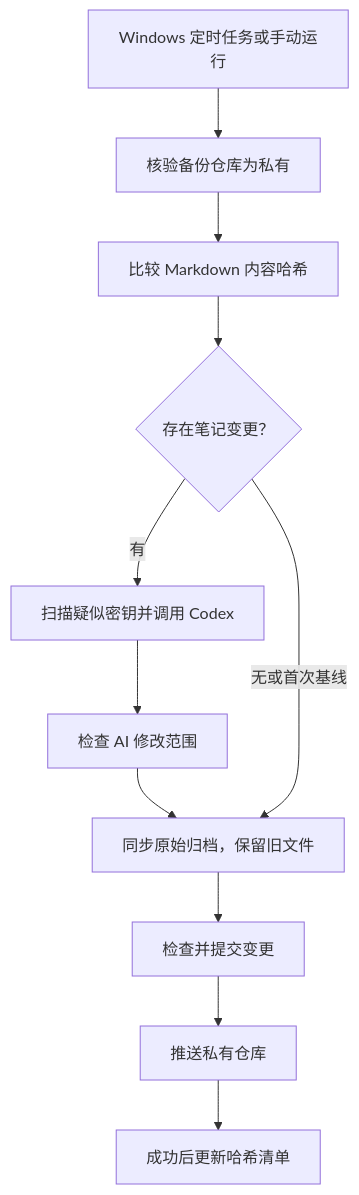
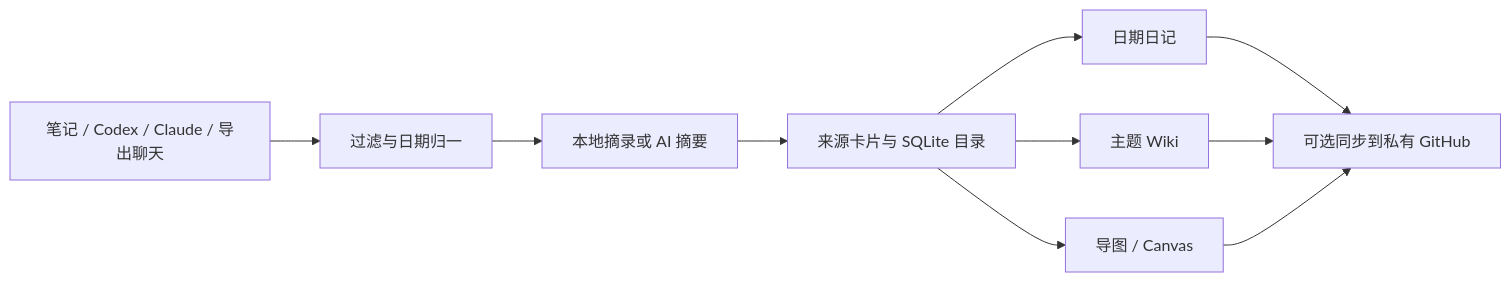
One commit to ltyfulan9/Obsidian-LLM-Automation changed the diagram in README.md. Above: the diagram before and after it, drawn with Mermaid. The commit also changed other lines of this file and 46 other files, not shown here.

````diff
--- a/README.md
+++ b/README.md
@@ -9,13 +21,12 @@
 ```mermaid
-flowchart TD
-    A[Windows 定时任务或手动运行] --> B[核验备份仓库为私有]
-    B --> C[比较 Markdown 内容哈希]
-    C --> D{存在笔记变更？}
-    D -->|有| E[扫描疑似密钥并调用 Codex]
-    E --> F[检查 AI 修改范围]
-    F --> G[同步原始归档，保留旧文件]
-    D -->|无或首次基线| G
-    G --> H[检查并提交变更]
-    H --> I[推送私有仓库]
-    I --> J[成功后更新哈希清单]
+flowchart LR
+    A[笔记 / Codex / Claude / 导出聊天] --> B[过滤与日期归一]
+    B --> C[本地摘录或 AI 摘要]
+    C --> D[来源卡片与 SQLite 目录]
+    D --> E[日期日记]
+    D --> F[主题 Wiki]
+    D --> G[导图 / Canvas]
+    E --> H[可选同步到私有 GitHub]
+    F --> H
+    G --> H
 ```
````
